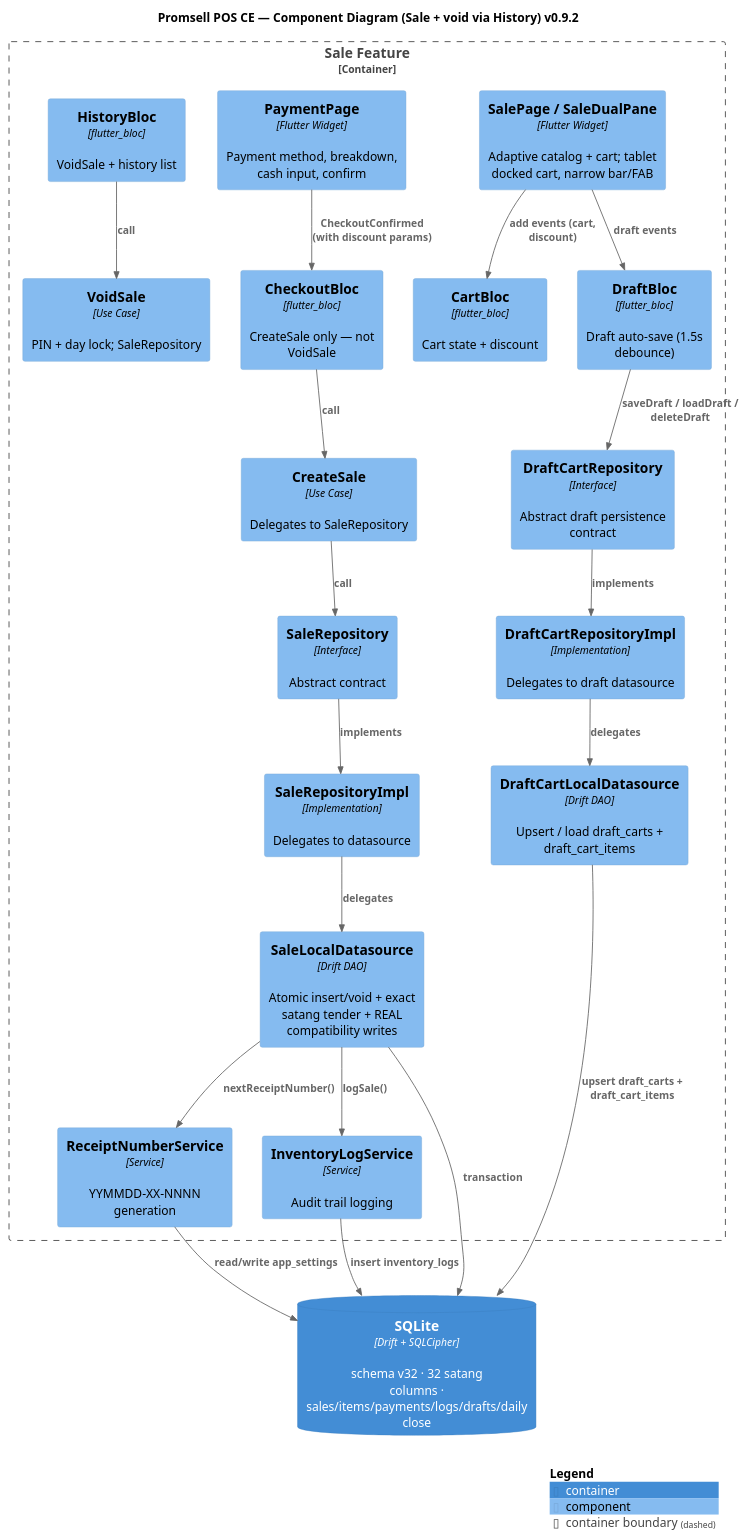
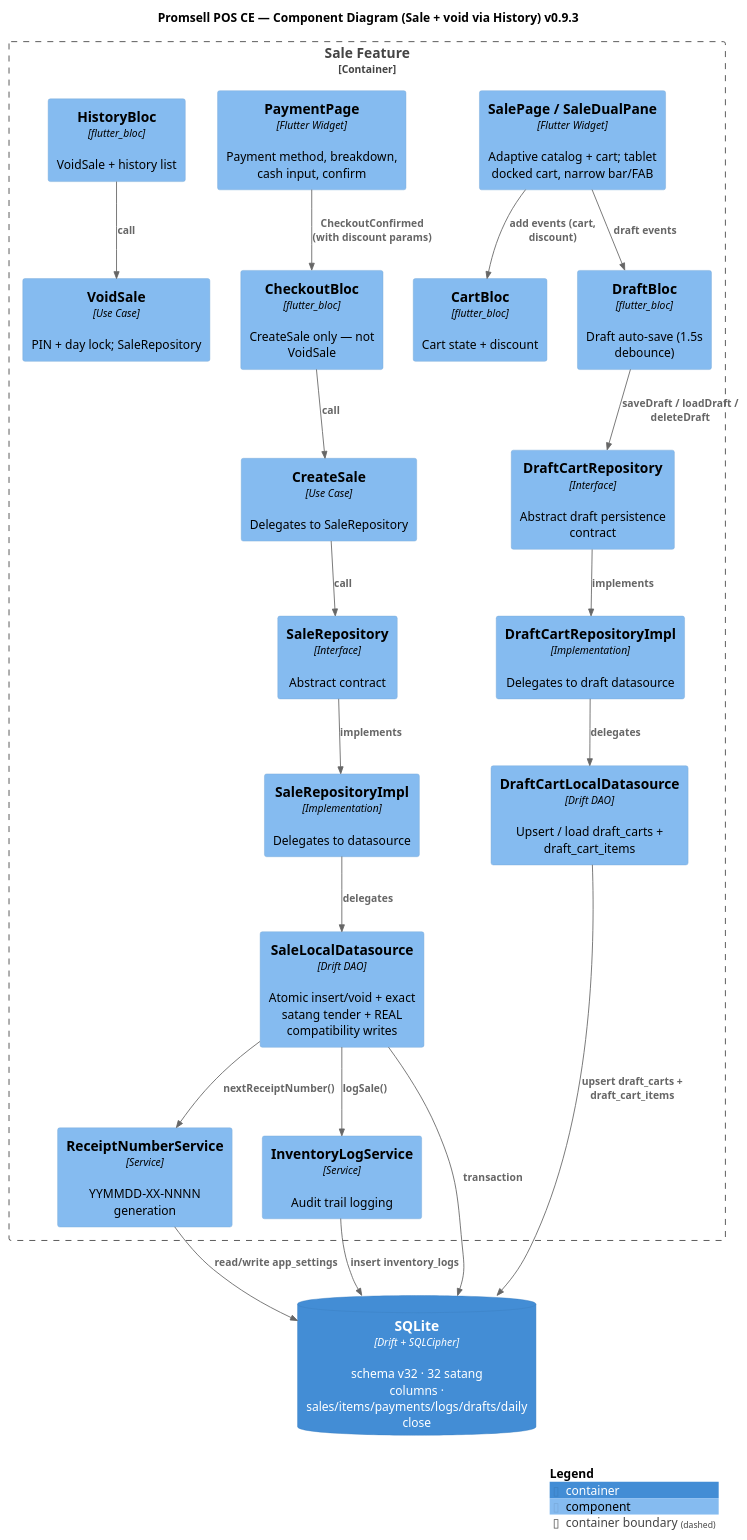
The diagram in docs/architecture/puml/c4-component.puml (MN-Lizard-Team/promsell-pos-ce), drawn with PlantUML before and after one commit. The commit also changed 43 other files, not shown here.

```diff
--- a/docs/architecture/puml/c4-component.puml
+++ b/docs/architecture/puml/c4-component.puml
@@ -1,46 +1,46 @@
 @startuml C4_Component
 !include https://raw.githubusercontent.com/plantuml-stdlib/C4-PlantUML/master/C4_Component.puml
 
-title Promsell POS CE — Component Diagram (Sale + void via History) v0.9.2
+title Promsell POS CE — Component Diagram (Sale + void via History) v0.9.3
 
 Container_Boundary(sale_feature, "Sale Feature") {
     Component(sale_page, "SalePage / SaleDualPane", "Flutter Widget", "Adaptive catalog + cart; tablet docked cart, narrow bar/FAB")
     Component(payment_sheet, "PaymentPage", "Flutter Widget", "Payment method, breakdown, cash input, confirm")
     Component(cart_bloc, "CartBloc", "flutter_bloc", "Cart state + discount")
     Component(draft_bloc, "DraftBloc", "flutter_bloc", "Draft auto-save (1.5s debounce)")
     Component(checkout_bloc, "CheckoutBloc", "flutter_bloc", "CreateSale only — not VoidSale")
     Component(history_bloc, "HistoryBloc", "flutter_bloc", "VoidSale + history list")
     Component(create_sale_uc, "CreateSale", "Use Case", "Delegates to SaleRepository")
     Component(void_sale_uc, "VoidSale", "Use Case", "PIN + day lock; SaleRepository")
     Component(sale_repo, "SaleRepository", "Interface", "Abstract contract")
     Component(sale_repo_impl, "SaleRepositoryImpl", "Implementation", "Delegates to datasource")
     Component(sale_ds, "SaleLocalDatasource", "Drift DAO", "Atomic insert/void + exact satang tender + REAL compatibility writes")
     Component(receipt_svc, "ReceiptNumberService", "Service", "YYMMDD-XX-NNNN generation")
     Component(inv_log_svc, "InventoryLogService", "Service", "Audit trail logging")
     Component(draft_repo, "DraftCartRepository", "Interface", "Abstract draft persistence contract")
     Component(draft_repo_impl, "DraftCartRepositoryImpl", "Implementation", "Delegates to draft datasource")
     Component(draft_ds, "DraftCartLocalDatasource", "Drift DAO", "Upsert / load draft_carts + draft_cart_items")
 }
 
 ContainerDb(db, "SQLite", "Drift + SQLCipher", "schema v32 · 32 satang columns · sales/items/payments/logs/drafts/daily close")
 
 Rel(sale_page, cart_bloc, "add events (cart, discount)")
 Rel(sale_page, draft_bloc, "draft events")
 Rel(payment_sheet, checkout_bloc, "CheckoutConfirmed (with discount params)")
 Rel(checkout_bloc, create_sale_uc, "call")
 Rel(history_bloc, void_sale_uc, "call")
 Rel(draft_bloc, draft_repo, "saveDraft / loadDraft / deleteDraft")
 Rel(create_sale_uc, sale_repo, "call")
 Rel(sale_repo, sale_repo_impl, "implements")
 Rel(sale_repo_impl, sale_ds, "delegates")
 Rel(draft_repo, draft_repo_impl, "implements")
 Rel(draft_repo_impl, draft_ds, "delegates")
 Rel(sale_ds, receipt_svc, "nextReceiptNumber()")
 Rel(sale_ds, inv_log_svc, "logSale()")
 Rel(sale_ds, db, "transaction")
 Rel(receipt_svc, db, "read/write app_settings")
 Rel(inv_log_svc, db, "insert inventory_logs")
 Rel(draft_ds, db, "upsert draft_carts + draft_cart_items")
 
 SHOW_LEGEND()
 @enduml
```
